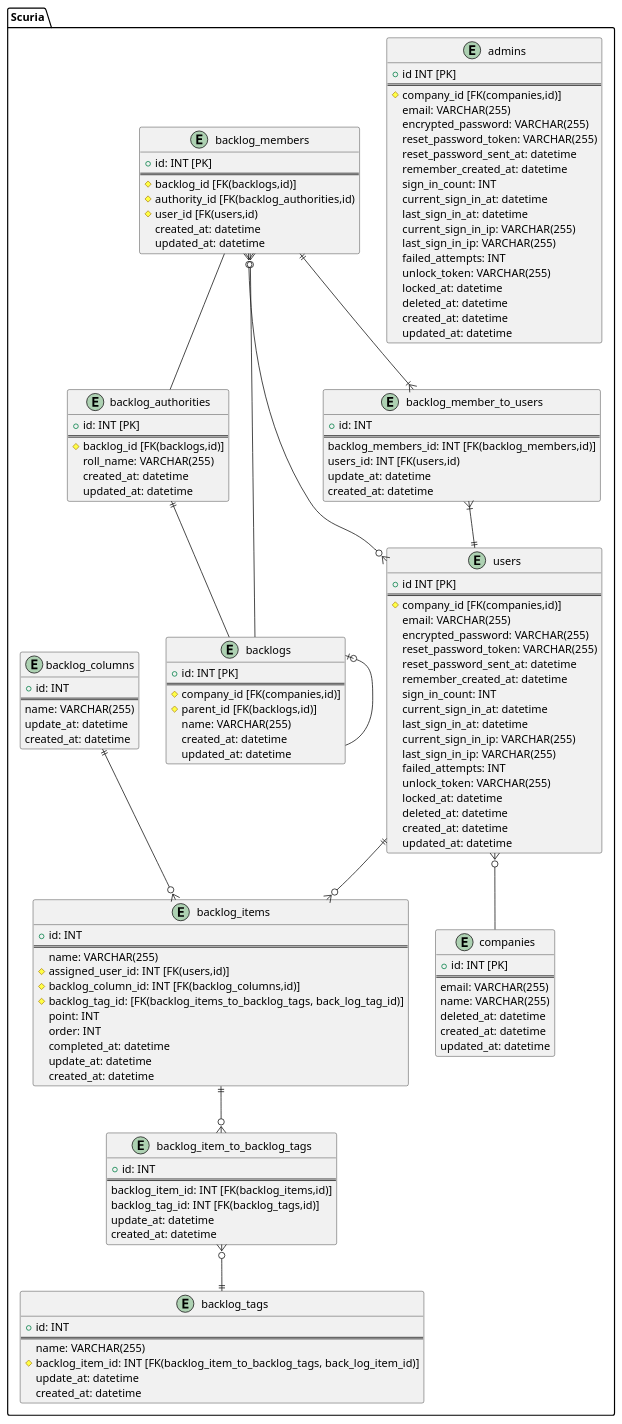
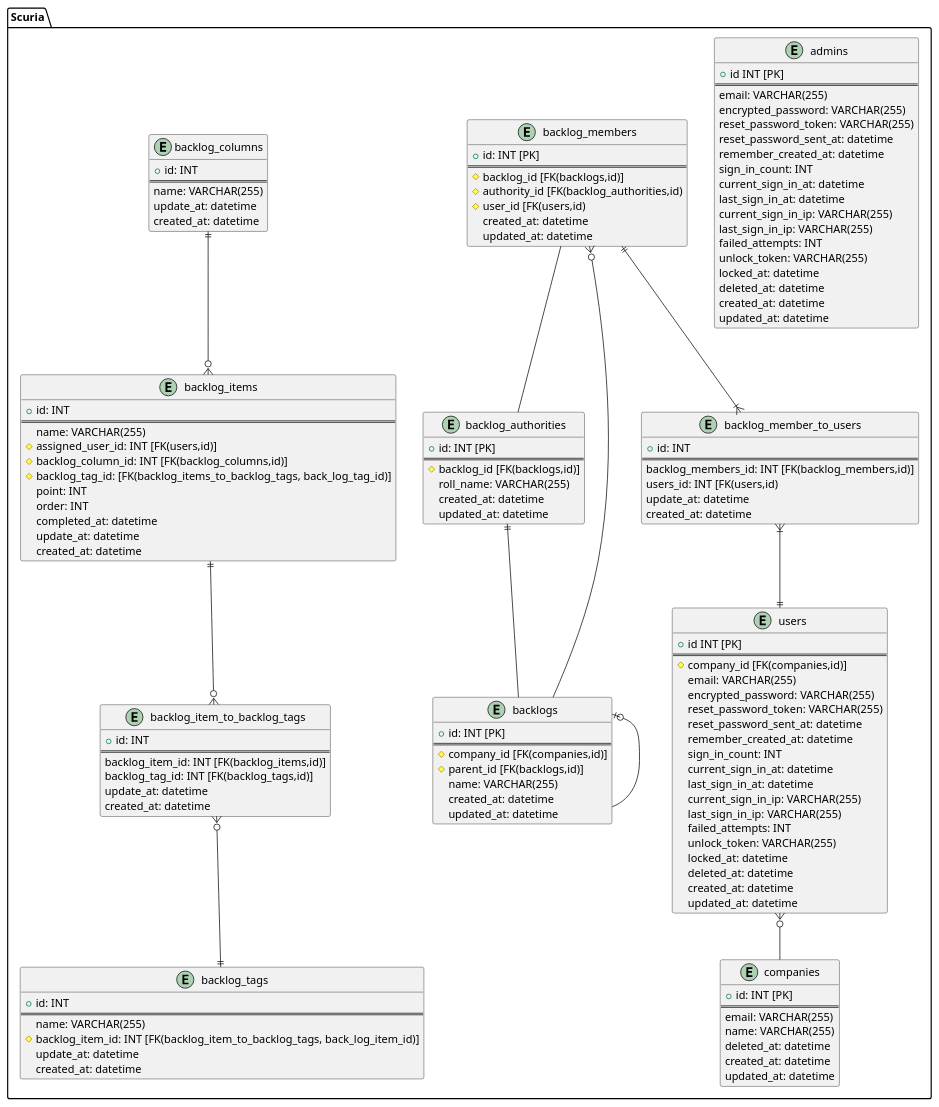
Before and after one commit to slill33/Scuria: the diagram in docs/er.pu, drawn with PlantUML. The commit also changed 1 other file, not shown here.

```diff
--- a/docs/er.pu
+++ b/docs/er.pu
@@ -1,162 +1,158 @@
 @startuml
 
 ' hide the spot
 ' hide circle
 
 ' avoid problems with angled crows feet
 ' skinparam linetype ortho
 
 
 package "Scuria" {
   entity "users" {
     + id INT [PK]
     ==
     # company_id [FK(companies,id)]
     email: VARCHAR(255)
     encrypted_password: VARCHAR(255)
     reset_password_token: VARCHAR(255)
     reset_password_sent_at: datetime
     remember_created_at: datetime
     sign_in_count: INT
     current_sign_in_at: datetime
     last_sign_in_at: datetime
     current_sign_in_ip: VARCHAR(255)
     last_sign_in_ip: VARCHAR(255)
     failed_attempts: INT
     unlock_token: VARCHAR(255)
     locked_at: datetime
     deleted_at: datetime
     created_at: datetime
     updated_at: datetime
   }
 
   entity "admins" {
      + id INT [PK]
     ==
-    # company_id [FK(companies,id)]
     email: VARCHAR(255)
     encrypted_password: VARCHAR(255)
     reset_password_token: VARCHAR(255)
     reset_password_sent_at: datetime
     remember_created_at: datetime
     sign_in_count: INT
     current_sign_in_at: datetime
     last_sign_in_at: datetime
     current_sign_in_ip: VARCHAR(255)
     last_sign_in_ip: VARCHAR(255)
     failed_attempts: INT
     unlock_token: VARCHAR(255)
     locked_at: datetime
     deleted_at: datetime
     created_at: datetime
     updated_at: datetime
   }
 
   entity "companies" {
     + id: INT [PK]
     ==
     email: VARCHAR(255)
     name: VARCHAR(255)
     deleted_at: datetime
     created_at: datetime
     updated_at: datetime
   }
 
   entity "backlog_authorities" {
     + id: INT [PK]
     ==
     # backlog_id [FK(backlogs,id)]
     roll_name: VARCHAR(255)
     created_at: datetime
     updated_at: datetime
   }
 
   entity "backlogs" {
     + id: INT [PK]
     ==
     # company_id [FK(companies,id)]
     # parent_id [FK(backlogs,id)] 
     name: VARCHAR(255)
     created_at: datetime
     updated_at: datetime 
   }
 
   entity "backlog_members" {
     + id: INT [PK]
     ==
     # backlog_id [FK(backlogs,id)]
     # authority_id [FK(backlog_authorities,id)
     # user_id [FK(users,id) 
     created_at: datetime
     updated_at: datetime
   }
 
   entity "backlog_columns" {
     +id: INT
     ==
     name: VARCHAR(255)
     update_at: datetime
     created_at: datetime
   }
 
 
   entity "backlog_items" {
     +id: INT
     ==
     name: VARCHAR(255)
     # assigned_user_id: INT [FK(users,id)]
     # backlog_column_id: INT [FK(backlog_columns,id)]
     # backlog_tag_id: [FK(backlog_items_to_backlog_tags, back_log_tag_id)]
     point: INT
     order: INT
     completed_at: datetime
     update_at: datetime
     created_at: datetime
   }
 
   entity "backlog_item_to_backlog_tags" {
     +id: INT
     ==
     backlog_item_id: INT [FK(backlog_items,id)]
     backlog_tag_id: INT [FK(backlog_tags,id)]
     update_at: datetime
     created_at: datetime
   }
   entity "backlog_member_to_users" {
     +id: INT
     ==
     backlog_members_id: INT [FK(backlog_members,id)]
     users_id: INT [FK(users,id)
     update_at: datetime
     created_at: datetime
   }
 
   entity "backlog_tags" {
     +id: INT
     ==
     name: VARCHAR(255)
     # backlog_item_id: INT [FK(backlog_item_to_backlog_tags, back_log_item_id)]
     update_at: datetime
     created_at: datetime
   }
 
 
   users }o-- companies
   backlog_authorities ||-- backlogs
   backlogs |o-- backlogs
   backlog_members }o-- backlogs
   backlog_members -- backlog_authorities
-  backlog_members }o--o{ users
-
-  users ||--o{ backlog_items
 
   backlog_columns ||--o{ backlog_items
   backlog_items ||--o{ backlog_item_to_backlog_tags
   backlog_item_to_backlog_tags }o--||backlog_tags
   backlog_members ||--|{ backlog_member_to_users
   backlog_member_to_users}|--||users
 
 }
 
 
 @enduml
```
